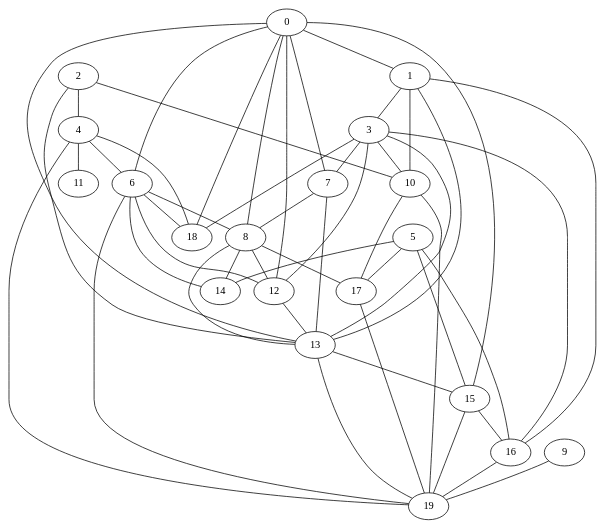
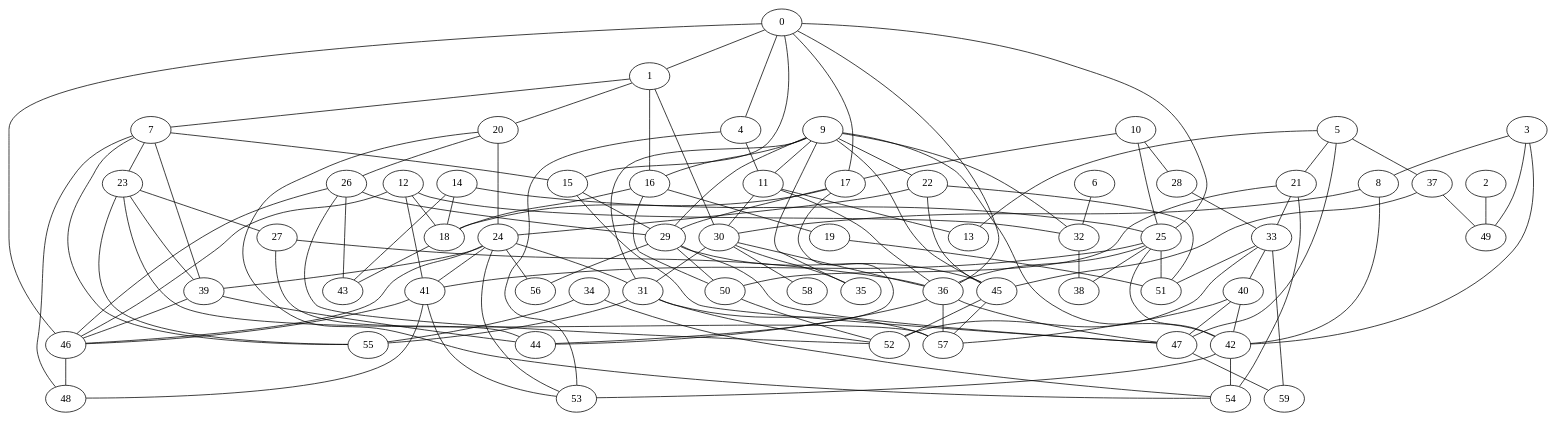
Before and after one commit to lazarow/ASP-via-WMaxSat: the diagram in max-cut-problem/models/wmaxsat/g2.dot, drawn with Graphviz. The commit also changed 24 other files, not shown here.

```diff
--- a/max-cut-problem/models/wmaxsat/g2.dot
+++ b/max-cut-problem/models/wmaxsat/g2.dot
@@ -1,72 +1,192 @@
 strict graph  {
 0;
 1;
 2;
 3;
 4;
 5;
 6;
 7;
 8;
 9;
 10;
 11;
 12;
 13;
 14;
 15;
 16;
 17;
 18;
 19;
-0 -- 7  [weight=108900];
-0 -- 12  [weight=104300];
-0 -- 13  [weight=101900];
-0 -- 15  [weight=104200];
-0 -- 18  [weight=108500];
-0 -- 8  [weight=108400];
-0 -- 1  [weight=108000];
-0 -- 6  [weight=100200];
-1 -- 10  [weight=105100];
-1 -- 16  [weight=103900];
-1 -- 13  [weight=102600];
-1 -- 3  [weight=107700];
-2 -- 13  [weight=100700];
-2 -- 10  [weight=103900];
-2 -- 4  [weight=104200];
-3 -- 12  [weight=109300];
-3 -- 7  [weight=108000];
-3 -- 16  [weight=105900];
-3 -- 18  [weight=101300];
-3 -- 10  [weight=106600];
-3 -- 13  [weight=103900];
-4 -- 18  [weight=102100];
-4 -- 19  [weight=107900];
-4 -- 11  [weight=107800];
-4 -- 6  [weight=108000];
-5 -- 14  [weight=104000];
-5 -- 15  [weight=102700];
-5 -- 17  [weight=108300];
-5 -- 16  [weight=106400];
-6 -- 18  [weight=106400];
-6 -- 14  [weight=107500];
-6 -- 8  [weight=106200];
-6 -- 19  [weight=100700];
-6 -- 12  [weight=103300];
-7 -- 8  [weight=102000];
-7 -- 13  [weight=109900];
-8 -- 17  [weight=110000];
-8 -- 12  [weight=100300];
-8 -- 14  [weight=109600];
-8 -- 13  [weight=102100];
-9 -- 19  [weight=103000];
-10 -- 17  [weight=100000];
-10 -- 19  [weight=105700];
-12 -- 13  [weight=104700];
-13 -- 19  [weight=103600];
-13 -- 15  [weight=106800];
-15 -- 16  [weight=100200];
-15 -- 19  [weight=110000];
-16 -- 19  [weight=104000];
-17 -- 19  [weight=101100];
+20;
+21;
+22;
+23;
+24;
+25;
+26;
+27;
+28;
+29;
+30;
+31;
+32;
+33;
+34;
+35;
+36;
+37;
+38;
+39;
+40;
+41;
+42;
+43;
+44;
+45;
+46;
+47;
+48;
+49;
+50;
+51;
+52;
+53;
+54;
+55;
+56;
+57;
+58;
+59;
+0 -- 1  [weight=6000];
+0 -- 36  [weight=2000];
+0 -- 25  [weight=7000];
+0 -- 4  [weight=2000];
+0 -- 46  [weight=7000];
+0 -- 17  [weight=5000];
+0 -- 15  [weight=6000];
+1 -- 16  [weight=3000];
+1 -- 30  [weight=5000];
+1 -- 7  [weight=6000];
+1 -- 20  [weight=7000];
+2 -- 49  [weight=6000];
+3 -- 49  [weight=6000];
+3 -- 42  [weight=4000];
+3 -- 8  [weight=6000];
+4 -- 11  [weight=1000];
+4 -- 53  [weight=2000];
+5 -- 37  [weight=5000];
+5 -- 21  [weight=2000];
+5 -- 47  [weight=5000];
+5 -- 13  [weight=2000];
+6 -- 32  [weight=1000];
+7 -- 39  [weight=5000];
+7 -- 48  [weight=6000];
+7 -- 15  [weight=2000];
+7 -- 55  [weight=5000];
+7 -- 23  [weight=2000];
+8 -- 42  [weight=4000];
+8 -- 30  [weight=5000];
+9 -- 22  [weight=3000];
+9 -- 29  [weight=4000];
+9 -- 42  [weight=4000];
+9 -- 32  [weight=6000];
+9 -- 35  [weight=1000];
+9 -- 45  [weight=4000];
+9 -- 11  [weight=1000];
+9 -- 31  [weight=4000];
+9 -- 16  [weight=6000];
+10 -- 17  [weight=6000];
+10 -- 28  [weight=4000];
+10 -- 25  [weight=6000];
+11 -- 13  [weight=7000];
+11 -- 30  [weight=3000];
+11 -- 36  [weight=1000];
+12 -- 18  [weight=7000];
+12 -- 46  [weight=2000];
+12 -- 32  [weight=2000];
+12 -- 41  [weight=2000];
+14 -- 43  [weight=1000];
+14 -- 25  [weight=3000];
+14 -- 18  [weight=4000];
+15 -- 47  [weight=3000];
+15 -- 29  [weight=5000];
+16 -- 18  [weight=1000];
+16 -- 19  [weight=3000];
+16 -- 50  [weight=5000];
+17 -- 44  [weight=2000];
+17 -- 18  [weight=4000];
+17 -- 29  [weight=6000];
+18 -- 43  [weight=6000];
+19 -- 51  [weight=4000];
+20 -- 24  [weight=5000];
+20 -- 26  [weight=7000];
+20 -- 54  [weight=1000];
+21 -- 50  [weight=1000];
+21 -- 54  [weight=7000];
+21 -- 33  [weight=7000];
+22 -- 45  [weight=7000];
+22 -- 51  [weight=6000];
+22 -- 24  [weight=2000];
+23 -- 39  [weight=1000];
+23 -- 27  [weight=1000];
+23 -- 55  [weight=5000];
+23 -- 57  [weight=7000];
+24 -- 41  [weight=3000];
+24 -- 39  [weight=6000];
+24 -- 53  [weight=4000];
+24 -- 31  [weight=6000];
+24 -- 56  [weight=3000];
+24 -- 46  [weight=3000];
+25 -- 51  [weight=2000];
+25 -- 38  [weight=5000];
+25 -- 41  [weight=5000];
+25 -- 36  [weight=5000];
+25 -- 42  [weight=1000];
+26 -- 52  [weight=4000];
+26 -- 46  [weight=5000];
+26 -- 29  [weight=4000];
+26 -- 43  [weight=4000];
+27 -- 44  [weight=2000];
+27 -- 36  [weight=2000];
+28 -- 33  [weight=4000];
+29 -- 56  [weight=3000];
+29 -- 47  [weight=1000];
+29 -- 50  [weight=3000];
+29 -- 45  [weight=2000];
+30 -- 36  [weight=3000];
+30 -- 31  [weight=3000];
+30 -- 58  [weight=1000];
+30 -- 35  [weight=1000];
+31 -- 57  [weight=7000];
+31 -- 52  [weight=2000];
+31 -- 55  [weight=6000];
+32 -- 38  [weight=1000];
+33 -- 40  [weight=7000];
+33 -- 51  [weight=1000];
+33 -- 52  [weight=4000];
+33 -- 59  [weight=5000];
+34 -- 54  [weight=5000];
+34 -- 55  [weight=7000];
+36 -- 44  [weight=4000];
+36 -- 57  [weight=6000];
+36 -- 47  [weight=4000];
+37 -- 49  [weight=3000];
+37 -- 45  [weight=4000];
+39 -- 46  [weight=1000];
+39 -- 44  [weight=1000];
+40 -- 57  [weight=7000];
+40 -- 42  [weight=3000];
+40 -- 47  [weight=1000];
+41 -- 48  [weight=4000];
+41 -- 46  [weight=2000];
+41 -- 53  [weight=4000];
+42 -- 54  [weight=6000];
+42 -- 53  [weight=7000];
+45 -- 52  [weight=4000];
+45 -- 57  [weight=2000];
+46 -- 48  [weight=3000];
+47 -- 59  [weight=5000];
+50 -- 52  [weight=1000];
 }
```
